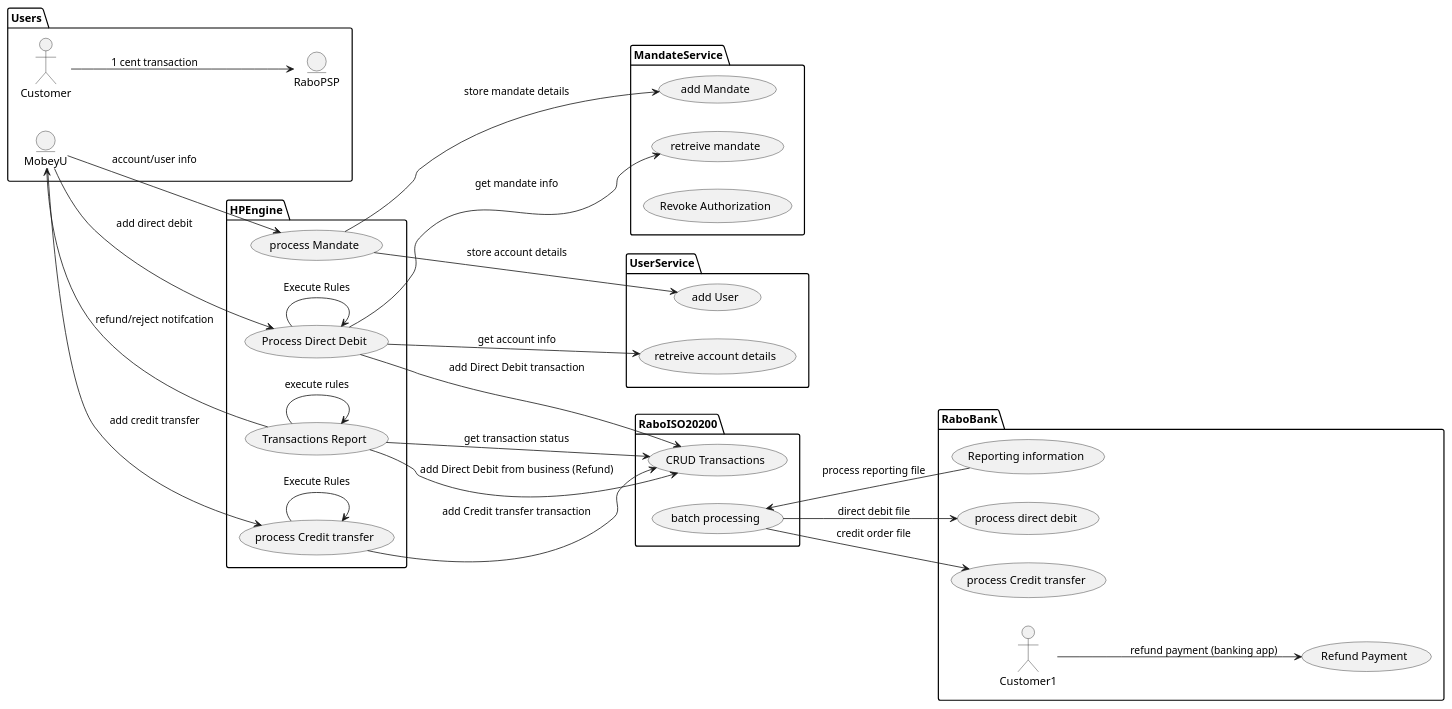
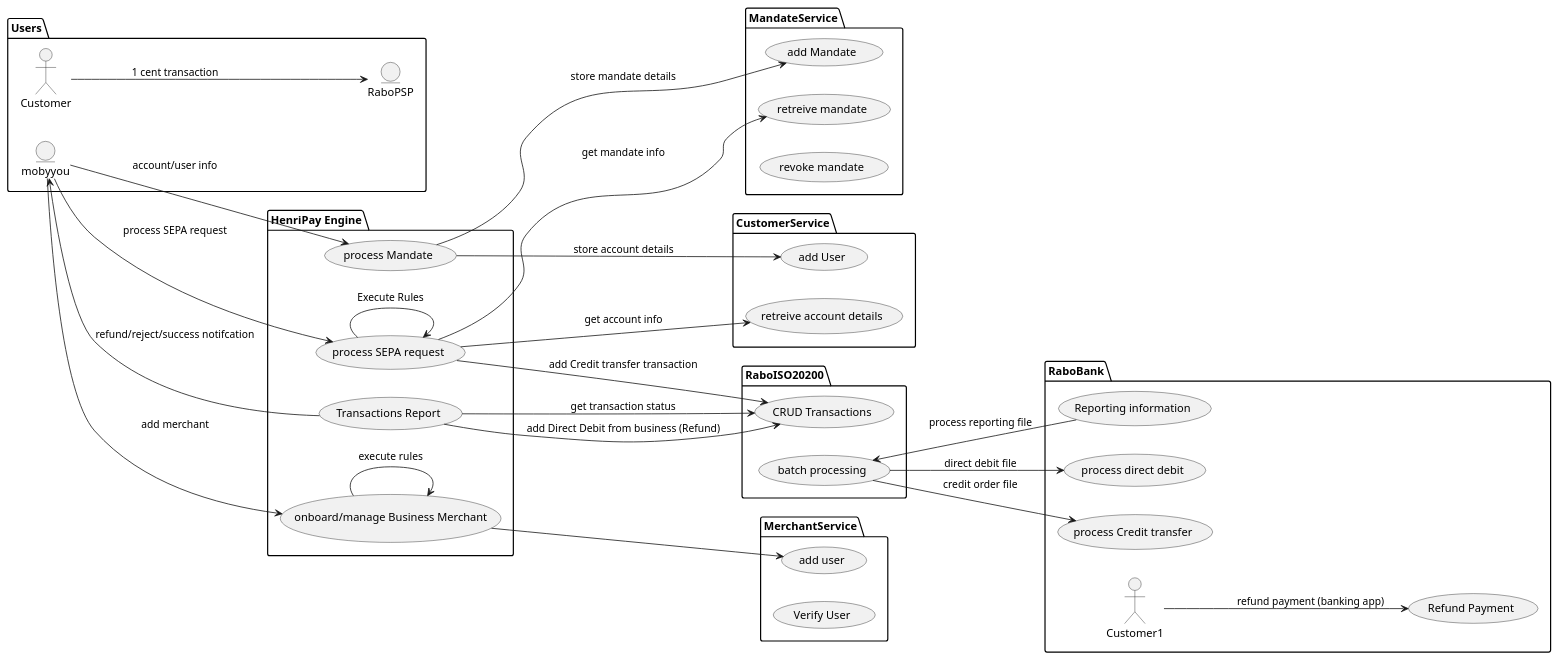
The diagram in src/main/resources/sequences/Levy-usecase/usecases-frictionless-checkout.puml (saidkhalfaoui/xpay), drawn with PlantUML before and after one commit. The commit also changed 10 other files, not shown here.

```diff
--- a/src/main/resources/sequences/Levy-usecase/usecases-frictionless-checkout.puml
+++ b/src/main/resources/sequences/Levy-usecase/usecases-frictionless-checkout.puml
@@ -1,61 +1,64 @@
 @startuml
 left to right direction
 
 package RaboBank{
 usecase "process direct debit" as UC9
 usecase "process Credit transfer" as UC10
 usecase "Refund Payment"  as UC11
 usecase "Reporting information" as UC12
 actor Customer1
 }
 package Users {
-  entity MobeyU as c
+  entity mobyyou as c
   entity RaboPSP as rabo
   actor "Customer" as Customer
 }
-package HPEngine{
+package "HenriPay Engine"{
 
   usecase "process Mandate" as processmandate
-  usecase "process Credit transfer" as UC3
-  usecase "Process Direct Debit" as UC4
+  usecase "process SEPA request" as UC3
   usecase "Transactions Report" as UC4a
-  
+  usecase "onboard/manage Business Merchant" as onboarding
+
 
 }
 package MandateService{
   usecase "add Mandate" as addmandate
   usecase "retreive mandate"
-  usecase "Revoke Authorization" as UC2
+  usecase "revoke mandate" as UC2
   }
 
-package UserService{
+package CustomerService{
   usecase "add User"
   usecase "retreive account details"
+}
+package MerchantService{
+  usecase "add user" as addusermerchant
+  usecase "Verify User"
 }
 package RaboISO20200{
   usecase "CRUD Transactions" as UC5
   usecase "batch processing"  as UCbp
 }
 
 
 Customer --> rabo: 1 cent transaction
 processmandate-->addmandate : store mandate details
 processmandate-->"add User": store account details
 c-->processmandate : account/user info
-c -->UC3 : add credit transfer
-c -->UC4:  add direct debit
-UC4-->UC4 : Execute Rules
-UC4-->"retreive account details": get account info
-UC4-->"retreive mandate" :get mandate info
+c -->UC3 : process SEPA request
+UC3-->"retreive account details": get account info
+UC3-->"retreive mandate" :get mandate info
 UC3-->UC3 : Execute Rules
-UC4-->UC5 : add Direct Debit transaction
 UC4a-->UC5: get transaction status
 UC3-->UC5 : add Credit transfer transaction
 UCbp-->UC9: direct debit file
 UCbp-->UC10: credit order file
 UC12-->UCbp :process reporting file
 Customer1-->UC11: refund payment (banking app)
 UC4a-->UC5 : add Direct Debit from business (Refund)
-UC4a-->UC4a: execute rules
-UC4a-->c:refund/reject notifcation
+onboarding-->onboarding: execute rules
+onboarding--> addusermerchant
+UC4a-->c:refund/reject/success notifcation
+c-->onboarding: add merchant
 @enduml
```
